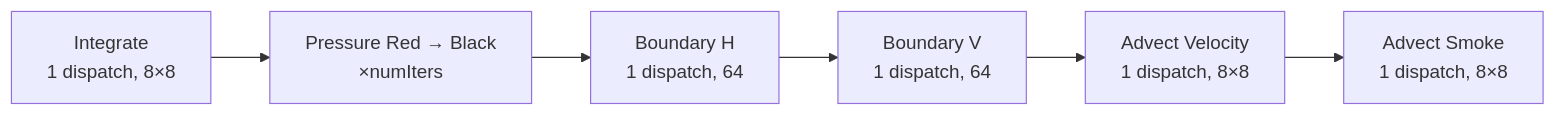
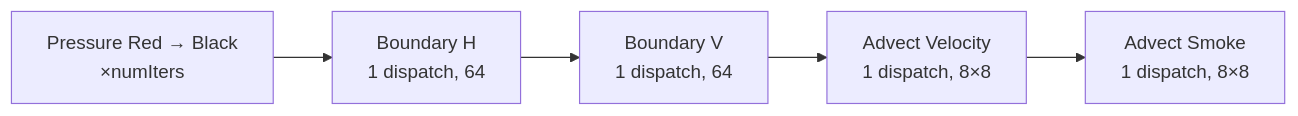
One commit to palsagar/webgpu-fluid-solver changed the first of 2 diagrams in docs/gpu-pipeline.md. Above: the diagram before and after it, drawn with Mermaid. The commit also changed other lines of this file and 4 other files, not shown here.

````diff
--- a/docs/gpu-pipeline.md
+++ b/docs/gpu-pipeline.md
@@ -49,8 +48,7 @@
 ```mermaid
 graph LR
-    A[Integrate<br/>1 dispatch, 8×8] --> B["Pressure Red → Black<br/>×numIters"]
-    B --> C[Boundary H<br/>1 dispatch, 64]
+    B["Pressure Red → Black<br/>×numIters"] --> C[Boundary H<br/>1 dispatch, 64]
     C --> D[Boundary V<br/>1 dispatch, 64]
     D --> E[Advect Velocity<br/>1 dispatch, 8×8]
     E --> F[Advect Smoke<br/>1 dispatch, 8×8]
 ```
````
